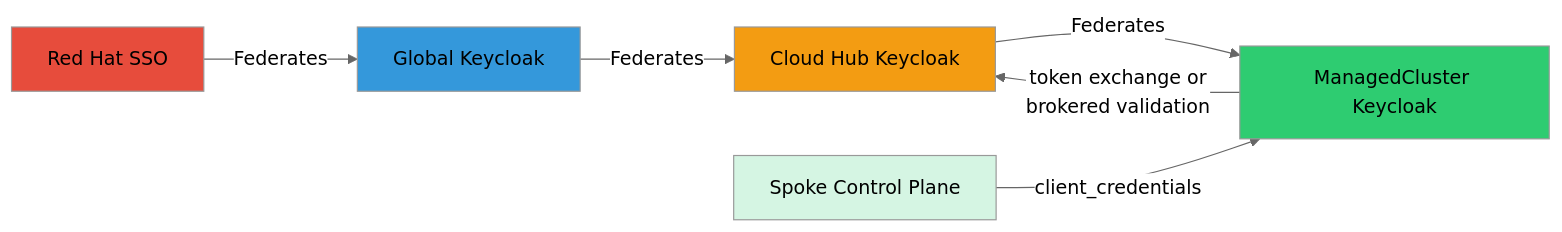
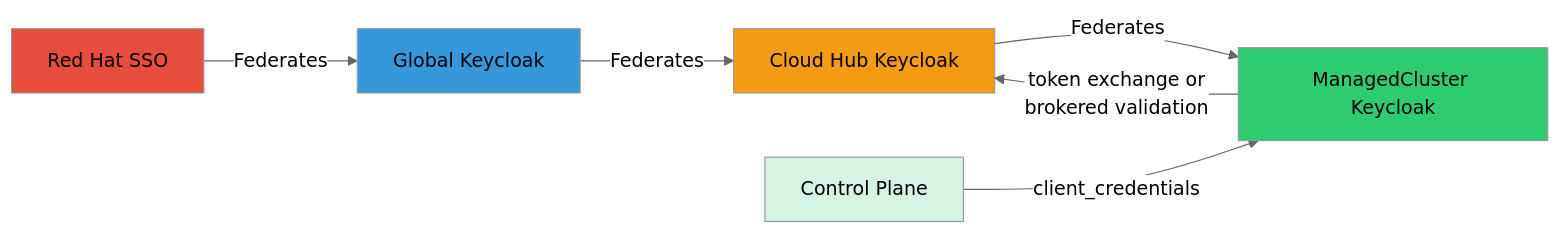
One commit to jonmosco/hypershell changed the sixth of 9 diagrams in specs/platform/global-architecture.spec.md. Above: the diagram before and after it, drawn with Mermaid (neutral theme). The commit also changed other lines of this file and 2 other files, not shown here.

First line of the commit message:
docs(specs): unify control plane to single self-registration model HYPERSHELL-297

````diff
--- a/specs/platform/global-architecture.spec.md
+++ b/specs/platform/global-architecture.spec.md
@@ -373,21 +354,21 @@
 ```mermaid
 graph LR
     RHSSO[Red Hat SSO]
     Global[Global Keycloak]
     Cloud[Cloud Hub Keycloak]
     MC[ManagedCluster Keycloak]
-    Spoke[Spoke Control Plane]
+    CP[Control Plane]
 
     RHSSO -->|Federates| Global
     Global -->|Federates| Cloud
     Cloud -->|Federates| MC
 
-    Spoke -->|client_credentials| MC
+    CP -->|client_credentials| MC
     MC -->|token exchange or<br/>brokered validation| Cloud
 
     style RHSSO fill:#e74c3c
     style Global fill:#3498db
     style Cloud fill:#f39c12
     style MC fill:#2ecc71
-    style Spoke fill:#d5f5e3
+    style CP fill:#d5f5e3
 ```
````
